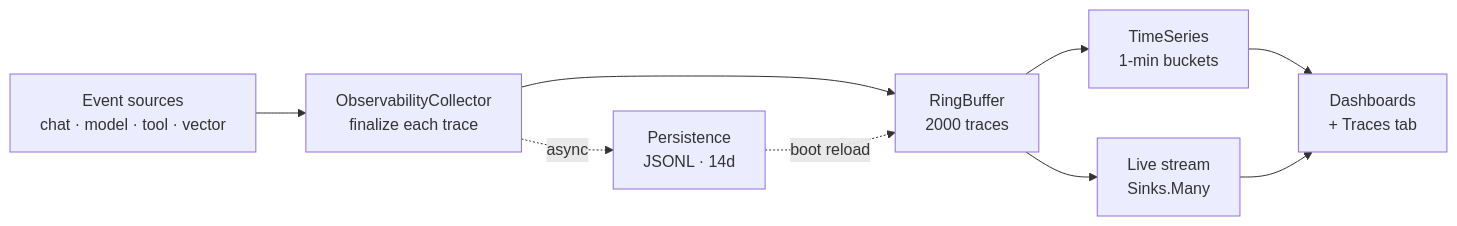
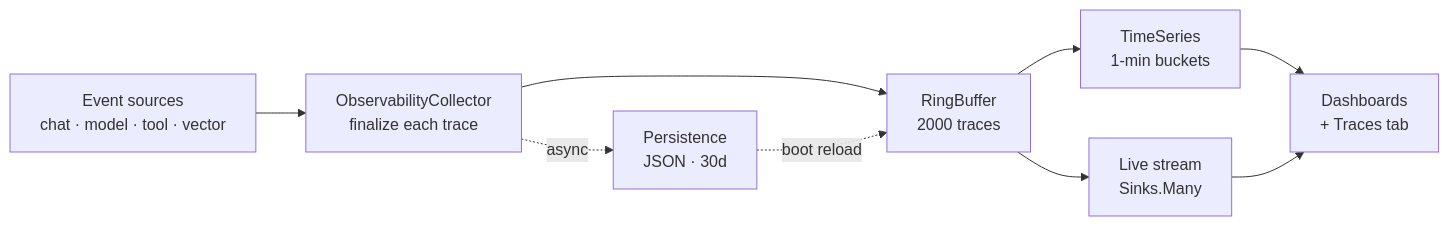
The second of 4 diagrams in docs/observability-architecture.md (JM-Lab/spring-ai-playground), drawn with Mermaid before and after one commit. The commit also changed other lines of this file and 292 other files, not shown here.

````diff
--- a/docs/observability-architecture.md
+++ b/docs/observability-architecture.md
@@ -125,18 +125,18 @@
 ```mermaid
 flowchart LR
     SRC["Event sources<br/>chat · model · tool · vector"]
     COLL["ObservabilityCollector<br/>finalize each trace"]
     RING["RingBuffer<br/>2000 traces"]
     TS["TimeSeries<br/>1-min buckets"]
     LIVE["Live stream<br/>Sinks.Many"]
-    PERSIST["Persistence<br/>JSONL · 14d"]
+    PERSIST["Persistence<br/>JSON · 30d"]
     DASH["Dashboards<br/>+ Traces tab"]
 
     SRC --> COLL --> RING
     COLL -. async .-> PERSIST
     RING --> TS
     RING --> LIVE
     PERSIST -. boot reload .-> RING
     TS --> DASH
     LIVE --> DASH
 ```
````
